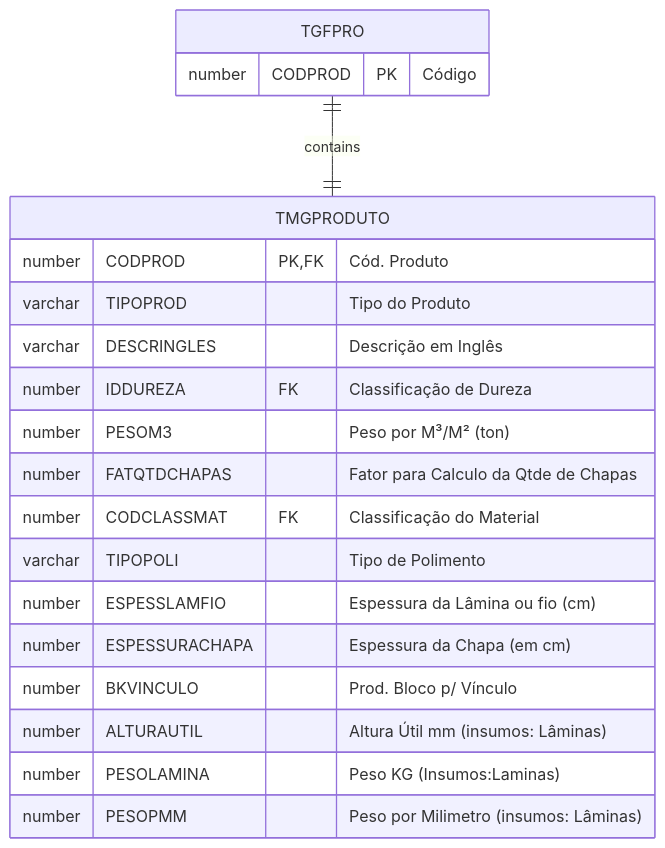
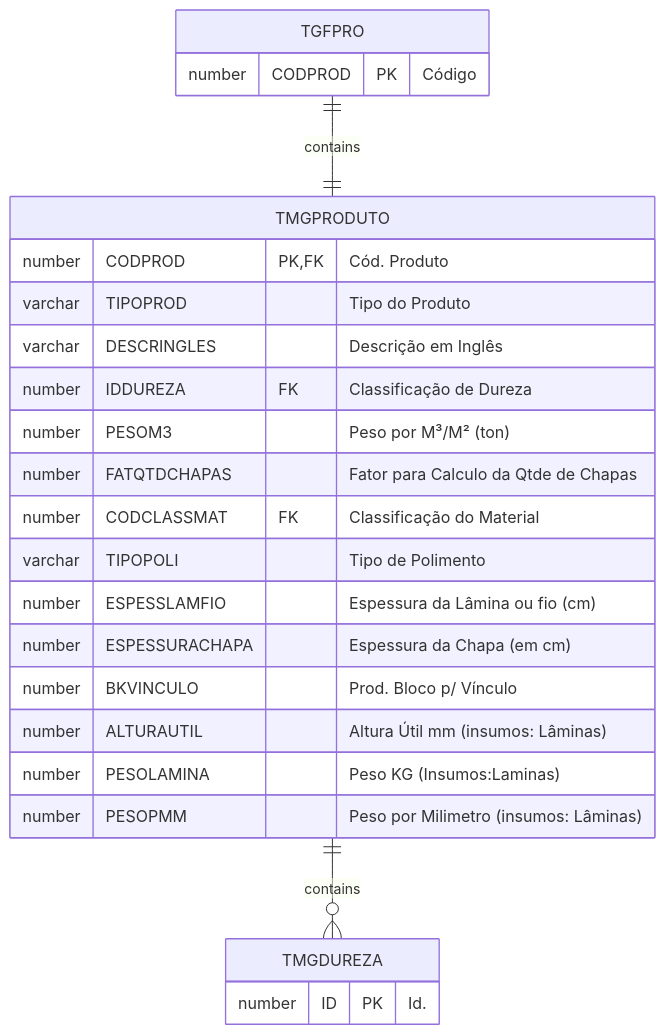
Before and after one commit to cbmsoft/margrandocs: the first of 2 diagrams in docs/_database/TMGPRODUTO.md, drawn with Mermaid. The commit also changed other lines of this file and 1 other file, not shown here.

````diff
--- a/docs/_database/TMGPRODUTO.md
+++ b/docs/_database/TMGPRODUTO.md
@@ -21,24 +23,28 @@
 ```mermaid
 erDiagram
     TGFPRO ||--|| TMGPRODUTO : contains
+    TMGPRODUTO ||--o{ TMGDUREZA : contains
 
     TMGPRODUTO {
         number CODPROD PK,FK "Cód. Produto"
         varchar TIPOPROD "Tipo do Produto"
         varchar DESCRINGLES "Descrição em Inglês"
         number IDDUREZA FK "Classificação de Dureza"
         number PESOM3 "Peso por M³/M² (ton)"
         number FATQTDCHAPAS "Fator para Calculo da Qtde de Chapas"
         number CODCLASSMAT FK "Classificação do Material"
         varchar TIPOPOLI "Tipo de Polimento"
         number ESPESSLAMFIO "Espessura da Lâmina ou fio (cm)"
         number ESPESSURACHAPA "Espessura da Chapa (em cm)"
         number BKVINCULO "Prod. Bloco p/ Vínculo"
         number ALTURAUTIL "Altura Útil mm (insumos: Lâminas)"
         number PESOLAMINA "Peso KG (Insumos:Laminas)"
         number PESOPMM "Peso por Milimetro (insumos: Lâminas)"
     }
     TGFPRO {
         number CODPROD PK "Código"
     }
+    TMGDUREZA {
+        number ID PK "Id."
+    }
 ```
````
